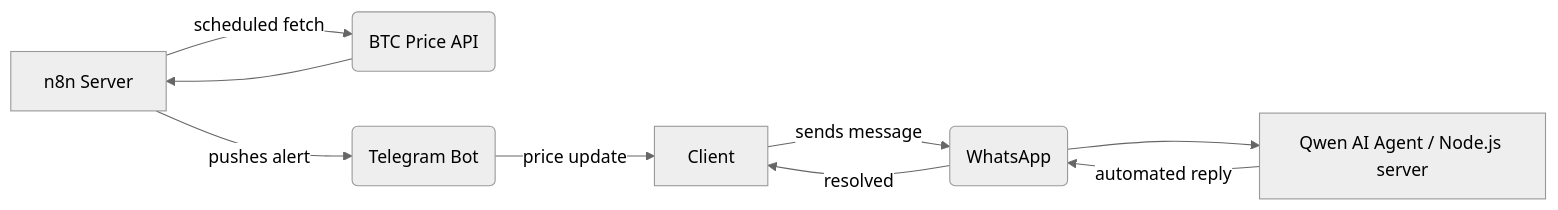
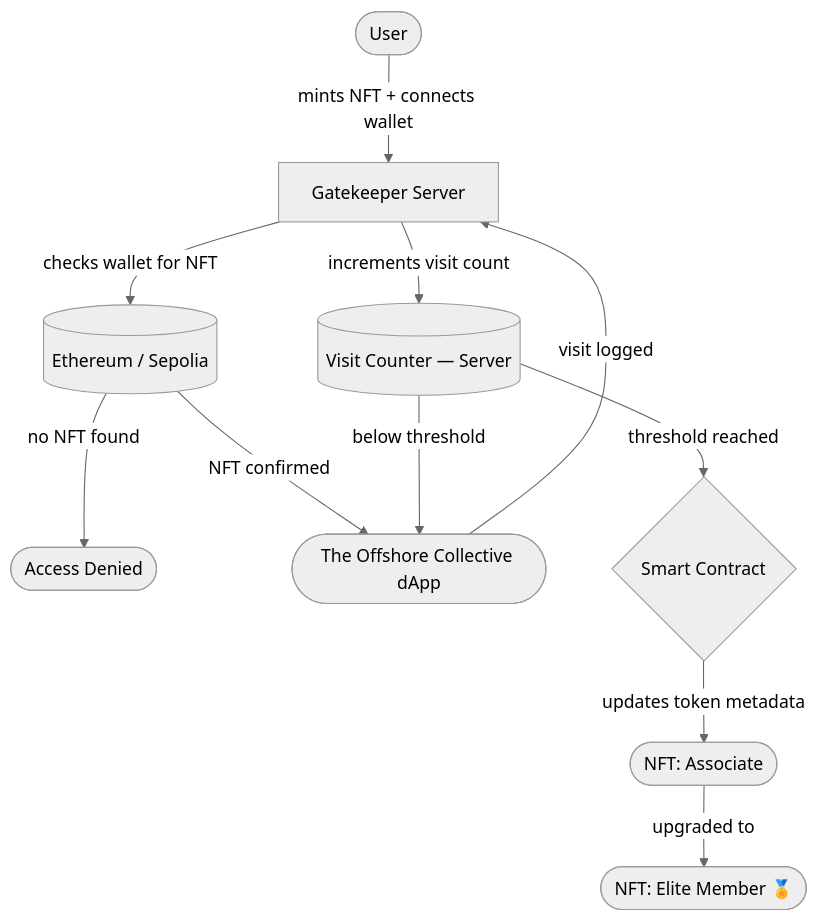
The diagram in README.md (MashiyaL/MashiyaL), drawn with Mermaid (neutral theme) before and after one commit. The commit also changed other lines of this file, not shown here.

````diff
--- a/README.md
+++ b/README.md
@@ -98,12 +119,15 @@
 ```mermaid
-graph LR
-    A[Client] -->|sends message| B(WhatsApp)
-    B --> C[Qwen AI Agent / Node.js server]
-    C -->|automated reply| B
-    B -->|resolved| A
+flowchart TD
+    A([User]) -->|mints NFT + connects wallet| B[Gatekeeper Server]
+    B -->|checks wallet for NFT| C[(Ethereum / Sepolia)]
+    C -->|no NFT found| D([Access Denied])
+    C -->|NFT confirmed| E([The Offshore Collective dApp])
 
-    D[n8n Server] -->|scheduled fetch| E(BTC Price API)
-    E --> D
-    D -->|pushes alert| F(Telegram Bot)
-    F -->|price update| A
+    E -->|visit logged| B
+    B -->|increments visit count| F[(Visit Counter — Server)]
+    F -->|below threshold| E
+    F -->|threshold reached| G{Smart Contract}
+
+    G -->|updates token metadata| H([NFT: Associate])
+    H -->|upgraded to| I([NFT: Elite Member 🏅])
 ```
````
